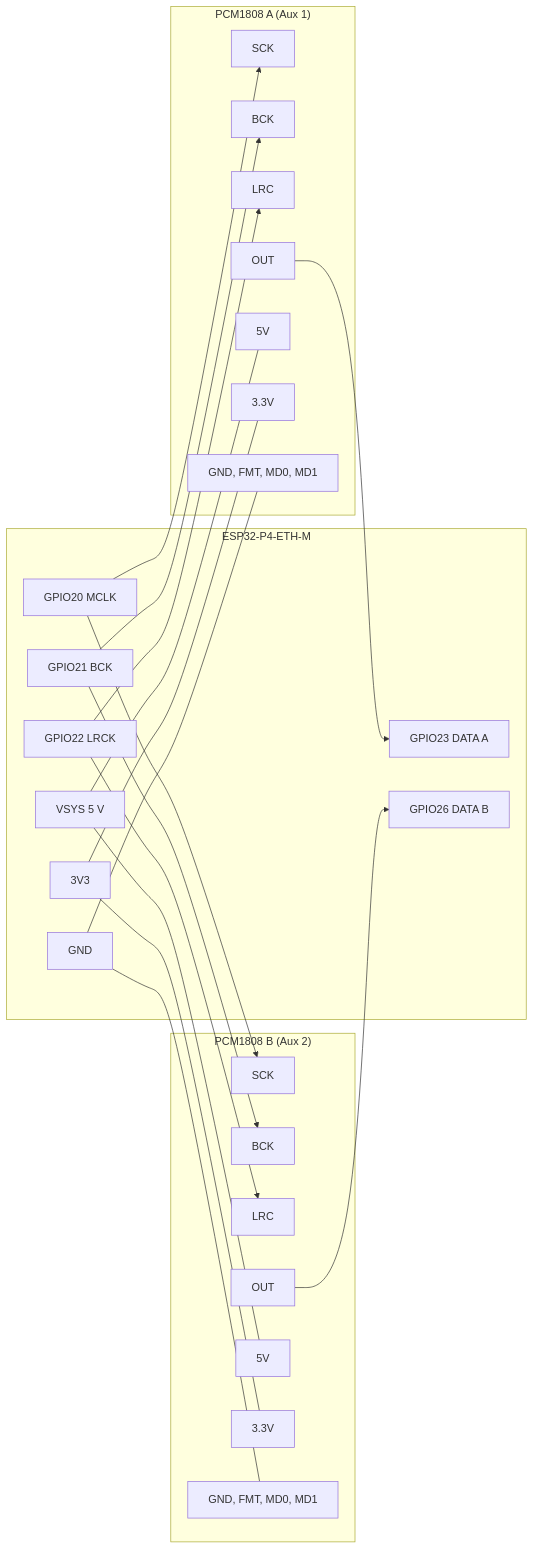
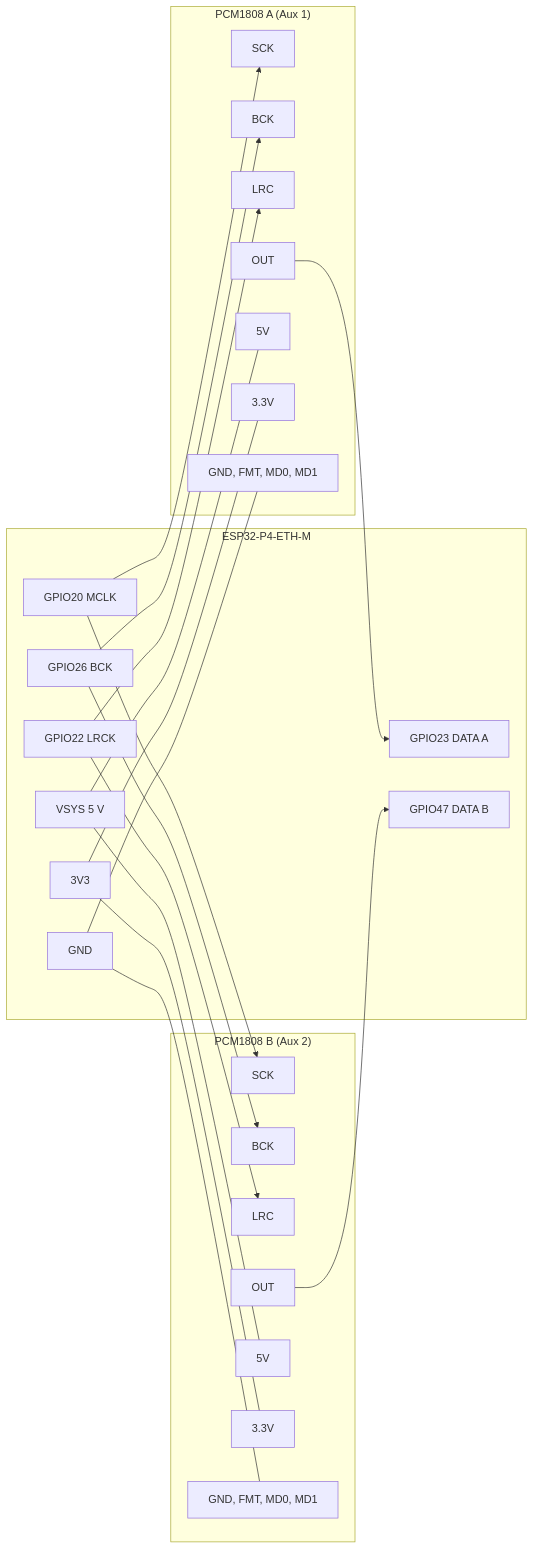
One commit to toothman/rumble-jungle changed the diagram in README.md. Above: the diagram before and after it, drawn with Mermaid. The commit also changed other lines of this file and 4 other files, not shown here.

First line of the commit message:
Perfboard layout from the measured CJMCU-1808, move BCK and DATA B pins

````diff
--- a/README.md
+++ b/README.md
@@ -112,27 +112,27 @@
 ```mermaid
 flowchart LR
     subgraph ESP["ESP32-P4-ETH-M"]
         MCLK["GPIO20 MCLK"]
-        BCK["GPIO21 BCK"]
+        BCK["GPIO26 BCK"]
         WS["GPIO22 LRCK"]
         DA["GPIO23 DATA A"]
-        DB["GPIO26 DATA B"]
+        DB["GPIO47 DATA B"]
         P5["VSYS 5 V"]
         P3["3V3"]
         G["GND"]
     end
     subgraph A["PCM1808 A (Aux 1)"]
         A_SCK[SCK]; A_BCK[BCK]; A_LRC[LRC]; A_OUT[OUT]; A_5[5V]; A_3[3.3V]; A_G["GND, FMT, MD0, MD1"]
     end
     subgraph B["PCM1808 B (Aux 2)"]
         B_SCK[SCK]; B_BCK[BCK]; B_LRC[LRC]; B_OUT[OUT]; B_5[5V]; B_3[3.3V]; B_G["GND, FMT, MD0, MD1"]
     end
     MCLK --> A_SCK & B_SCK
     BCK --> A_BCK & B_BCK
     WS --> A_LRC & B_LRC
     A_OUT --> DA
     B_OUT --> DB
     P5 --- A_5 & B_5
     P3 --- A_3 & B_3
     G --- A_G & B_G
 ```
````
